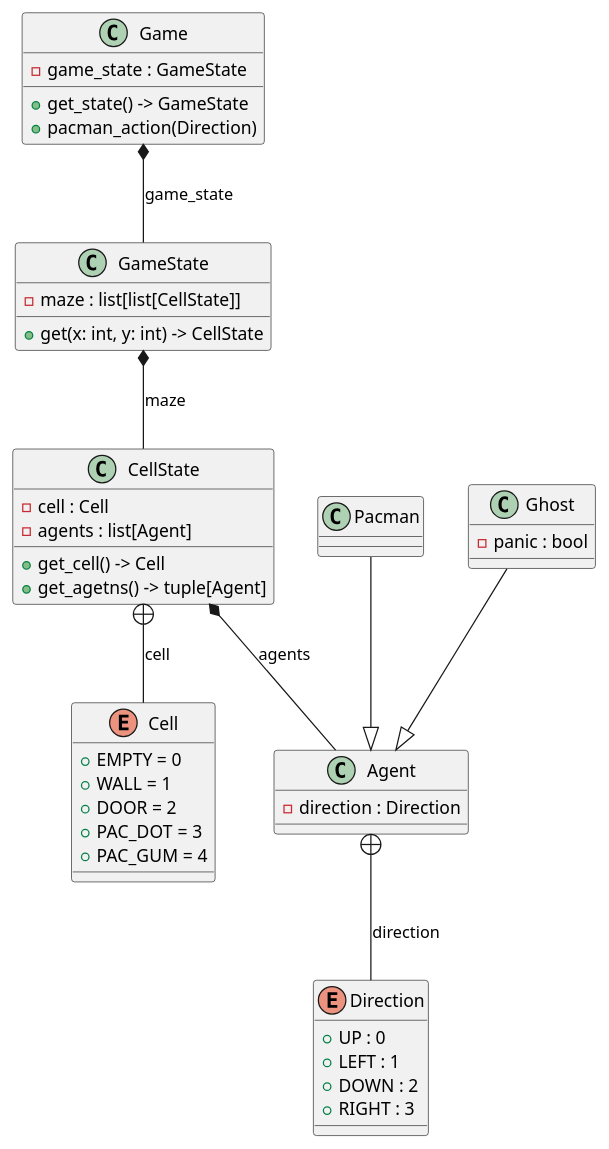
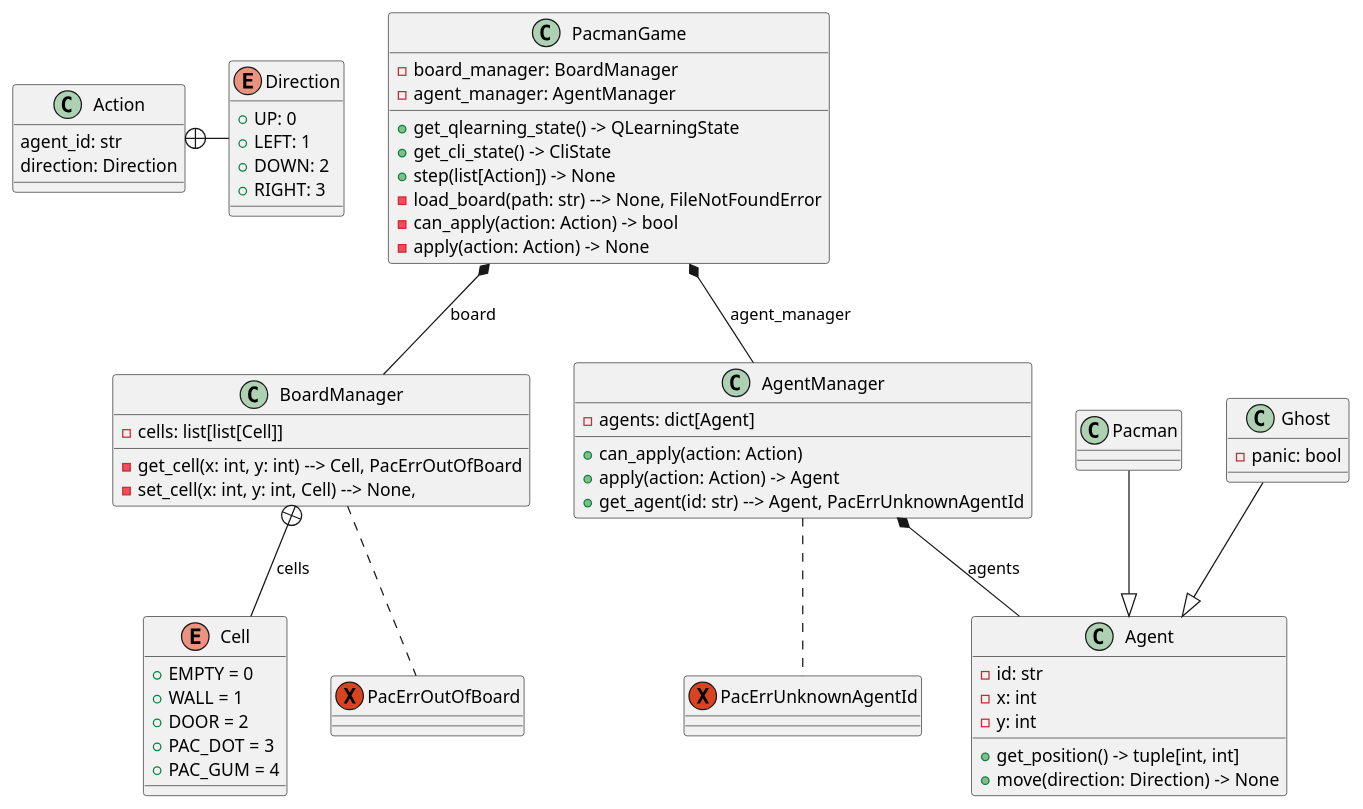
One commit to kalharko/pAIcman changed the diagram in Documentation/class_back.puml. Above: the diagram before and after it, drawn with PlantUML. The commit also changed 2 other files, not shown here.

```diff
--- a/Documentation/class_back.puml
+++ b/Documentation/class_back.puml
@@ -1,59 +1,85 @@
 @startuml class_back
 
-class Game {
-	- game_state : GameState
+class PacmanGame {
+	- board_manager: BoardManager
+	- agent_manager: AgentManager
 
-	+ get_state() -> GameState
-	+ pacman_action(Direction)
+	+ get_qlearning_state() -> QLearningState
+	+ get_cli_state() -> CliState
+	+ step(list[Action]) -> None
+	- load_board(path: str) --> None, FileNotFoundError
+	- can_apply(action: Action) -> bool
+	- apply(action: Action) -> None
 }
 
-class GameState {
-	- maze : list[list[CellState]]
+class BoardManager {
+	- cells: list[list[Cell]]
 
-	+ get(x: int, y: int) -> CellState
+	- get_cell(x: int, y: int) --> Cell, PacErrOutOfBoard
+	- set_cell(x: int, y: int, Cell) --> None,
 }
 
-class CellState {
-	- cell : Cell
-	- agents : list[Agent]
+class AgentManager {
+	- agents: dict[Agent]
 
-	+ get_cell() -> Cell
-	+ get_agetns() -> tuple[Agent]
+	+ can_apply(action: Action)
+	+ apply(action: Action) -> Agent
+	+ get_agent(id: str) --> Agent, PacErrUnknownAgentId
 }
 
 enum Cell {
 	+ EMPTY = 0
 	+ WALL = 1
 	+ DOOR = 2
 	+ PAC_DOT = 3
 	+ PAC_GUM = 4
 }
 
 class Agent {
-	- direction : Direction
+	- id: str
+	- x: int
+	- y: int
+
+	+ get_position() -> tuple[int, int]
+	+ move(direction: Direction) -> None
 }
 
 class Pacman {
 }
 
 class Ghost {
-	- panic : bool
+	- panic: bool
 }
 
 enum Direction {
-	+ UP : 0
-	+ LEFT : 1
-	+ DOWN : 2
-	+ RIGHT : 3
+	+ UP: 0
+	+ LEFT: 1
+	+ DOWN: 2
+	+ RIGHT: 3
+}
+
+class Action {
+	agent_id: str
+	direction: Direction
+}
+
+exception PacErrOutOfBoard {
+}
+exception PacErrUnknownAgentId {
 }
 
 
-Game *-- GameState : game_state
-GameState *-- CellState : maze
-CellState +-- Cell : cell
-CellState *-- Agent : agents
-Agent +-- Direction : direction
+
+PacmanGame *-- AgentManager: agent_manager
+AgentManager *-- Agent: agents
+PacmanGame *-- BoardManager: board
+BoardManager +-- Cell: cells
 Pacman --|> Agent
 Ghost --|> Agent
 
+Action +-r- Direction
+
+BoardManager .. PacErrOutOfBoard
+AgentManager .. PacErrUnknownAgentId
+
 @enduml
```
